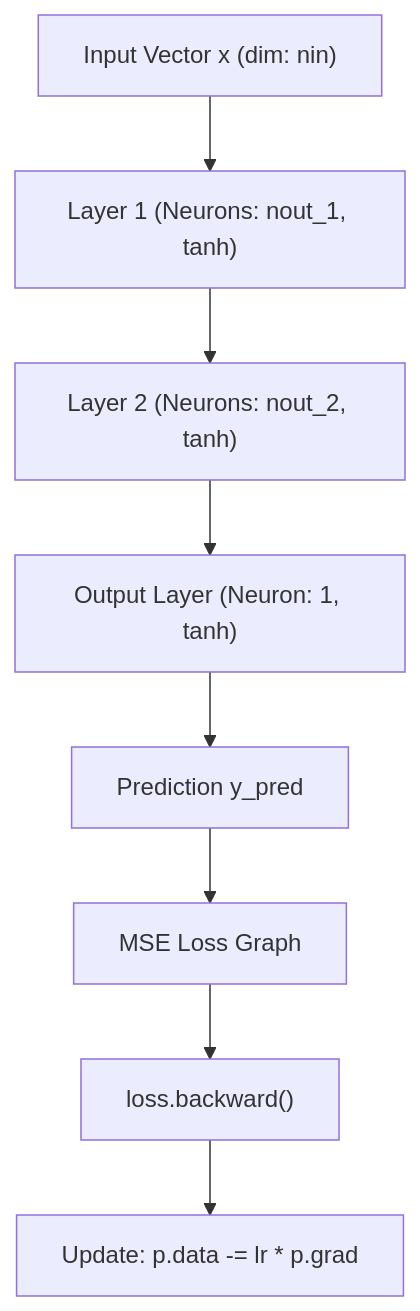
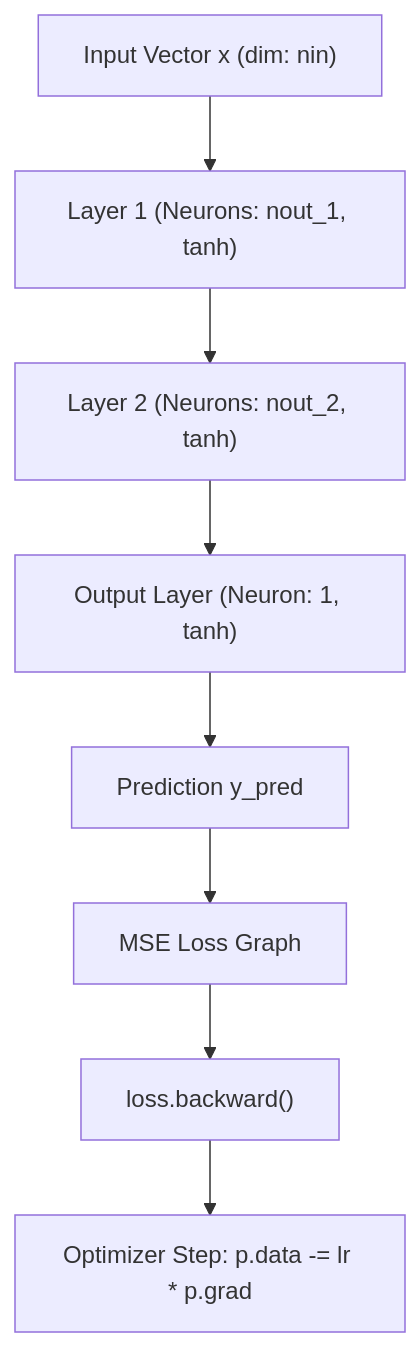
The second of 2 diagrams in README.md (Uwais-ML/Machine_Learning_From_Scratch), drawn with Mermaid before and after one commit. The commit also changed other lines of this file and 3 other files, not shown here.

````diff
--- a/README.md
+++ b/README.md
@@ -382,10 +393,10 @@
 ```mermaid
 flowchart TD
     In["Input Vector x (dim: nin)"] --> L1["Layer 1 (Neurons: nout_1, tanh)"]
     L1 --> L2["Layer 2 (Neurons: nout_2, tanh)"]
     L2 --> L3["Output Layer (Neuron: 1, tanh)"]
     L3 --> Pred["Prediction y_pred"]
     Pred --> LossFn["MSE Loss Graph"]
     LossFn --> Backprop["loss.backward()"]
-    Backprop --> Optimizer["Update: p.data -= lr * p.grad"]
+    Backprop --> Optimizer["Optimizer Step: p.data -= lr * p.grad"]
 ```
````
